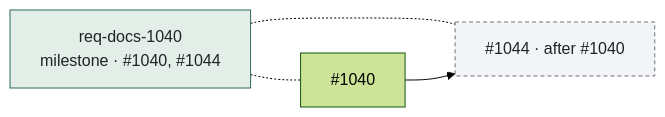
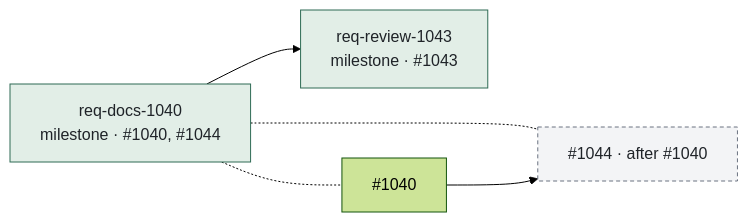
Before and after one commit to lagowski/dap: the second of 2 diagrams in README.md, drawn with Mermaid (forest theme). The commit also changed other lines of this file, not shown here.

Commit message:
docs(readme): delivery section after run 1387 was promoted (#2541)

````diff
--- a/README.md
+++ b/README.md
@@ -365,14 +365,16 @@
 ```mermaid
 flowchart LR
   R1382["req-docs-1040<br/>milestone · #1040, #1044"]
+  R1387["req-review-1043<br/>milestone · #1043"]
+  R1382 --> R1387
   classDef done fill:#E2EEE7,stroke:#2F6B55,color:#1F2328;
   classDef now fill:#F5EAD3,stroke:#8A5A0B,color:#1F2328;
-  class R1382 done;
+  class R1382,R1387 done;
   i1040["#1040"]
   R1382 -.- i1040
   i1044["#1044 · after #1040"]
   R1382 -.- i1044
   i1040 --> i1044
   classDef waited fill:#F3F4F6,stroke:#6B7280,color:#1F2328,stroke-dasharray:4 3;
   class i1044 waited;
 ```
````
